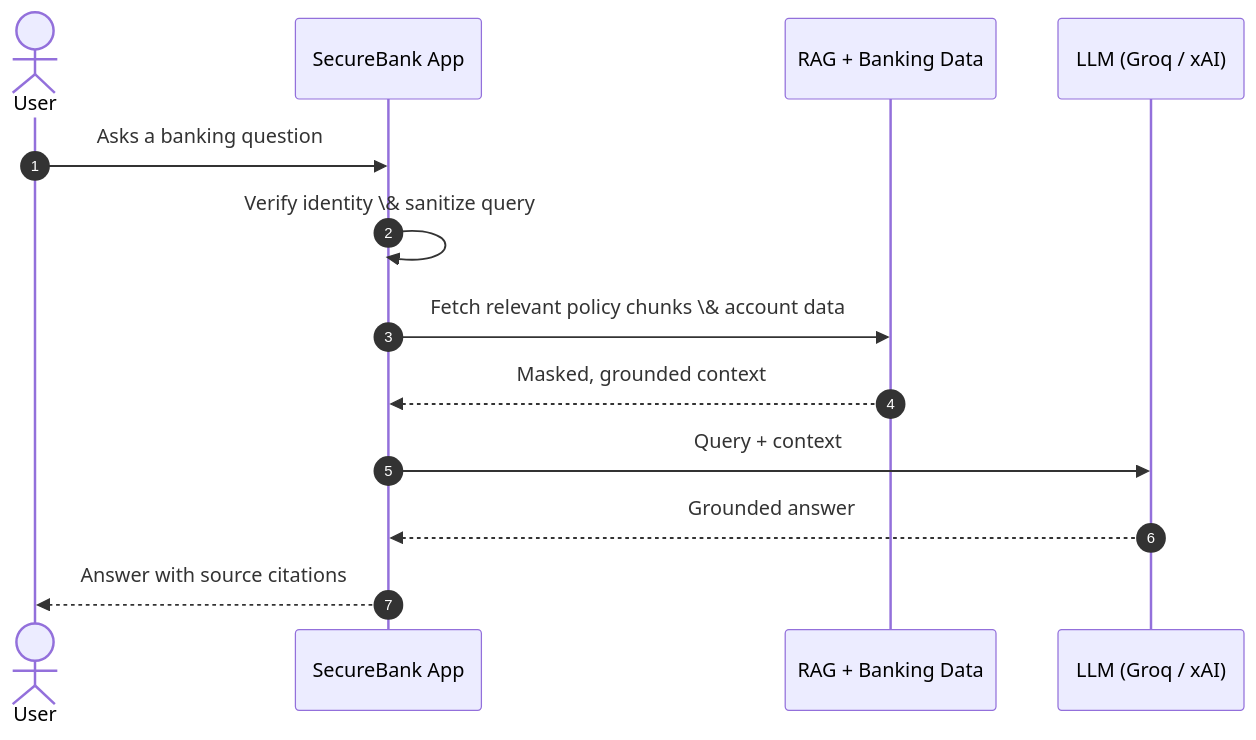
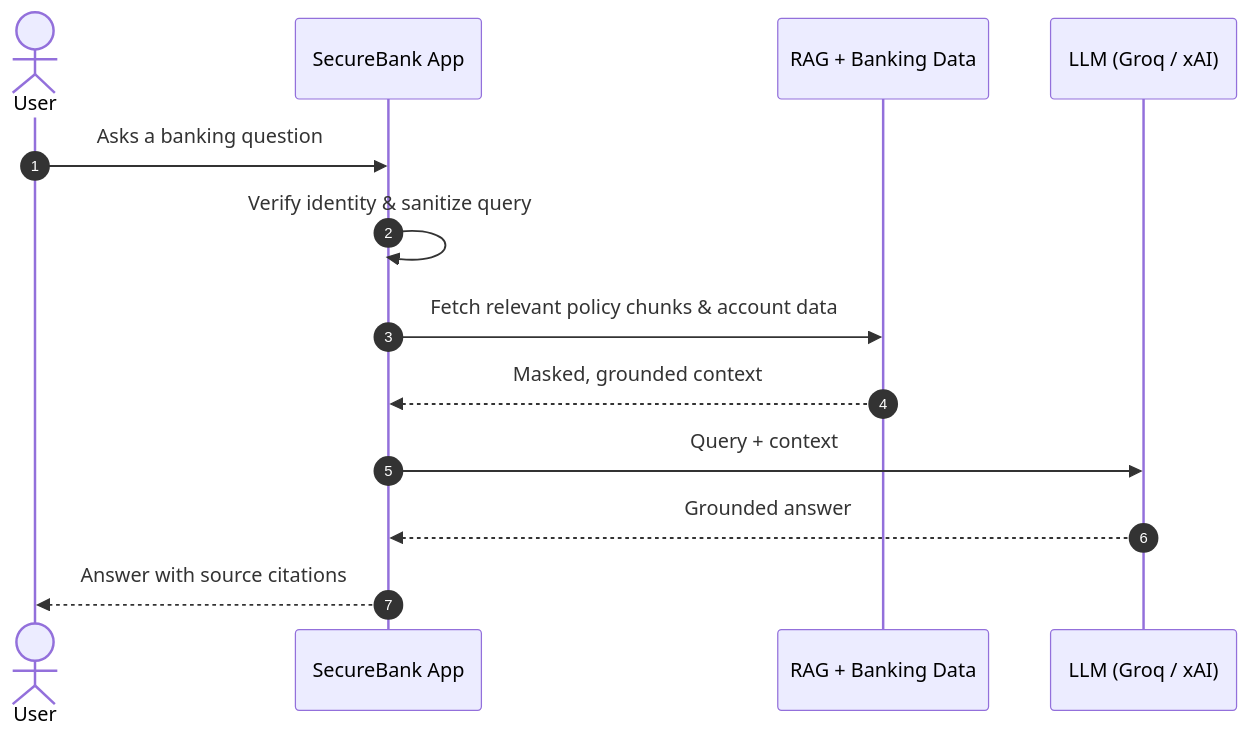
Before and after one commit to NIRMALKUMAR222/AI-Banking-Assistant: the second of 2 diagrams in README.md, drawn with Mermaid. The commit also changed other lines of this file, not shown here.

````diff
--- a/README.md
+++ b/README.md
@@ -24,16 +32,16 @@
 ```mermaid
 sequenceDiagram
     autonumber
     actor User
     participant App as SecureBank App
     participant Data as RAG + Banking Data
     participant LLM as LLM (Groq / xAI)
 
     User->>App: Asks a banking question
-    App->>App: Verify identity \& sanitize query
-    App->>Data: Fetch relevant policy chunks \& account data
+    App->>App: Verify identity & sanitize query
+    App->>Data: Fetch relevant policy chunks & account data
     Data-->>App: Masked, grounded context
     App->>LLM: Query + context
     LLM-->>App: Grounded answer
     App-->>User: Answer with source citations
 ```
````
